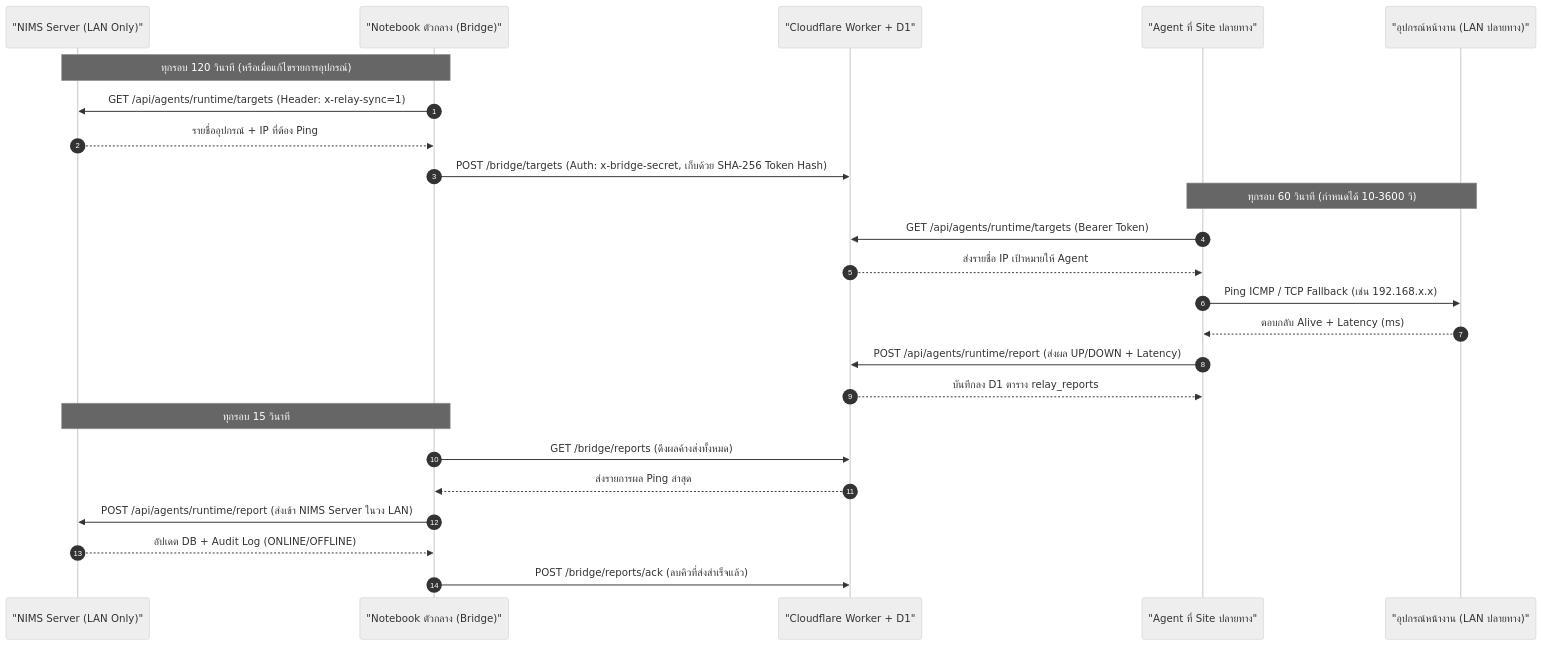
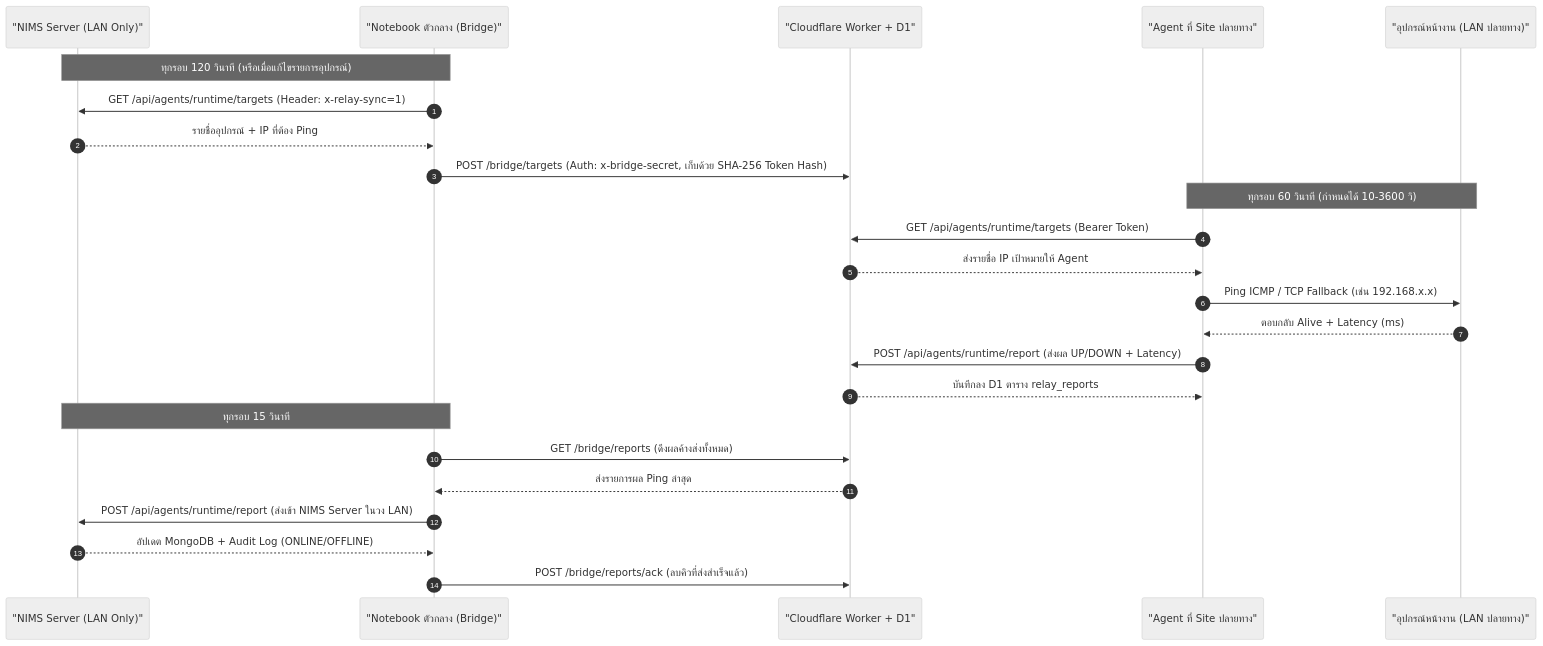
The fourth of 4 diagrams in docs/PRESENTATION_FLOW.md (Jatdilok-on/NIMS), drawn with Mermaid (neutral theme) before and after one commit. The commit also changed other lines of this file, not shown here.

````diff
--- a/docs/PRESENTATION_FLOW.md
+++ b/docs/PRESENTATION_FLOW.md
@@ -72,29 +109,29 @@
 ```mermaid
 sequenceDiagram
     autonumber
     participant S as "NIMS Server (LAN Only)"
     participant B as "Notebook ตัวกลาง (Bridge)"
     participant CF as "Cloudflare Worker + D1"
     participant RA as "Agent ที่ Site ปลายทาง"
     participant LD as "อุปกรณ์หน้างาน (LAN ปลายทาง)"
 
     Note over S,B: ทุกรอบ 120 วินาที (หรือเมื่อแก้ไขรายการอุปกรณ์)
     B->>S: GET /api/agents/runtime/targets (Header: x-relay-sync=1)
     S-->>B: รายชื่ออุปกรณ์ + IP ที่ต้อง Ping
     B->>CF: POST /bridge/targets (Auth: x-bridge-secret, เก็บด้วย SHA-256 Token Hash)
 
     Note over RA,LD: ทุกรอบ 60 วินาที (กำหนดได้ 10-3600 วิ)
     RA->>CF: GET /api/agents/runtime/targets (Bearer Token)
     CF-->>RA: ส่งรายชื่อ IP เป้าหมายให้ Agent
     RA->>LD: Ping ICMP / TCP Fallback (เช่น 192.168.x.x)
     LD-->>RA: ตอบกลับ Alive + Latency (ms)
     RA->>CF: POST /api/agents/runtime/report (ส่งผล UP/DOWN + Latency)
     CF-->>RA: บันทึกลง D1 ตาราง relay_reports
 
     Note over B,S: ทุกรอบ 15 วินาที
     B->>CF: GET /bridge/reports (ดึงผลค้างส่งทั้งหมด)
     CF-->>B: ส่งรายการผล Ping ล่าสุด
     B->>S: POST /api/agents/runtime/report (ส่งเข้า NIMS Server ในวง LAN)
-    S-->>B: อัปเดต DB + Audit Log (ONLINE/OFFLINE)
+    S-->>B: อัปเดต MongoDB + Audit Log (ONLINE/OFFLINE)
     B->>CF: POST /bridge/reports/ack (ลบคิวที่ส่งสำเร็จแล้ว)
 ```
````
